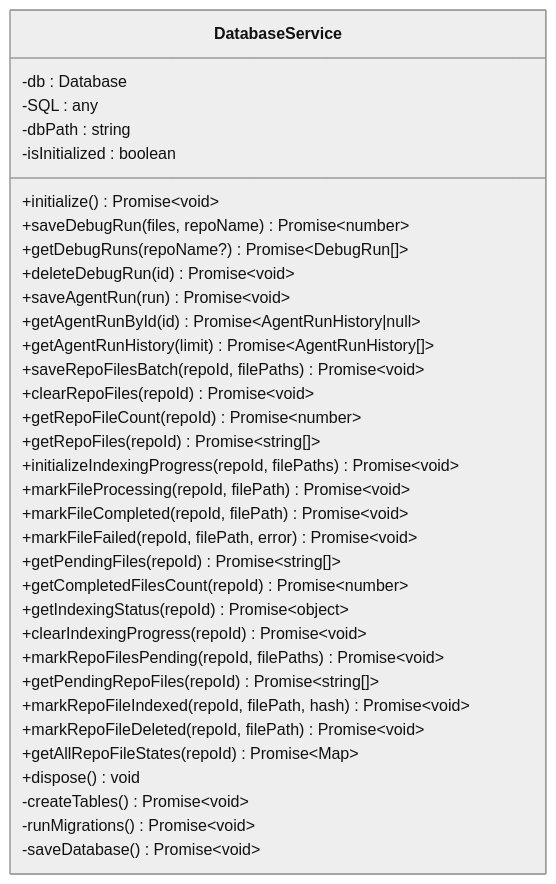
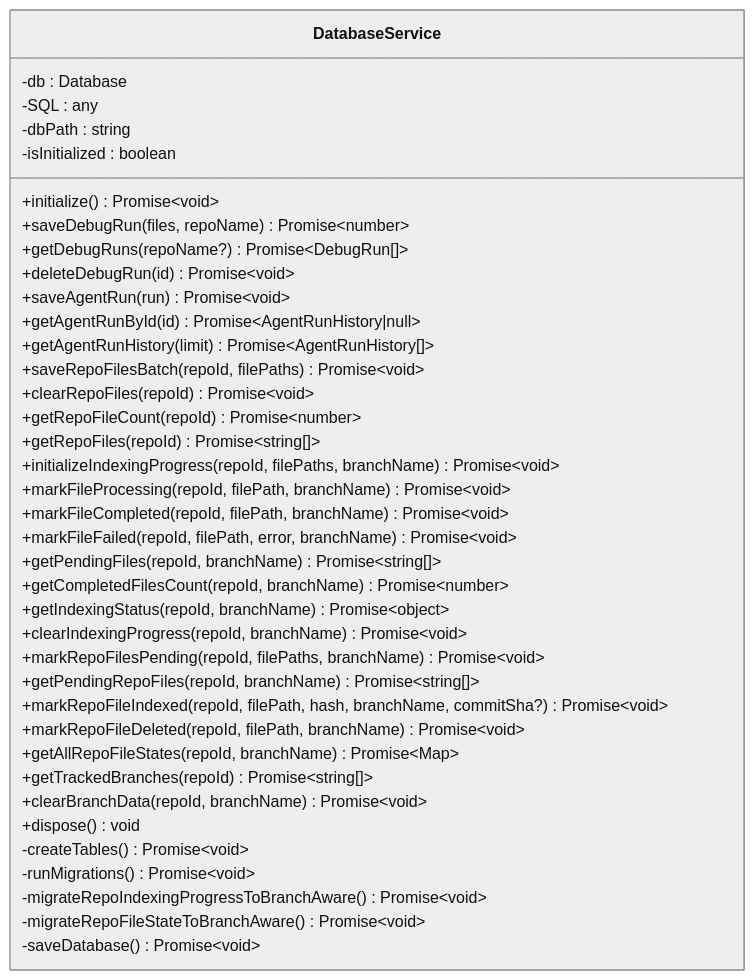
One commit to bramburn/repomix-runner changed the third of 7 diagrams in .qoder/repowiki/en/content/Storage System/Storage System.md. Above: the diagram before and after it, drawn with Mermaid (neutral theme). The commit also changed other lines of this file and 19 other files, not shown here.

````diff
--- a/.qoder/repowiki/en/content/Storage System/Storage System.md
+++ b/.qoder/repowiki/en/content/Storage System/Storage System.md
@@ -146,37 +212,41 @@
 ```mermaid
 classDiagram
 class DatabaseService {
 -db : Database
 -SQL : any
 -dbPath : string
 -isInitialized : boolean
 +initialize() Promise~void~
 +saveDebugRun(files, repoName) Promise~number~
 +getDebugRuns(repoName?) Promise~DebugRun[]~
 +deleteDebugRun(id) Promise~void~
 +saveAgentRun(run) Promise~void~
 +getAgentRunById(id) Promise~AgentRunHistory|null~
 +getAgentRunHistory(limit) Promise~AgentRunHistory[]~
 +saveRepoFilesBatch(repoId, filePaths) Promise~void~
 +clearRepoFiles(repoId) Promise~void~
 +getRepoFileCount(repoId) Promise~number~
 +getRepoFiles(repoId) Promise~string[]~
-+initializeIndexingProgress(repoId, filePaths) Promise~void~
-+markFileProcessing(repoId, filePath) Promise~void~
-+markFileCompleted(repoId, filePath) Promise~void~
-+markFileFailed(repoId, filePath, error) Promise~void~
-+getPendingFiles(repoId) Promise~string[]~
-+getCompletedFilesCount(repoId) Promise~number~
-+getIndexingStatus(repoId) Promise~object~
-+clearIndexingProgress(repoId) Promise~void~
-+markRepoFilesPending(repoId, filePaths) Promise~void~
-+getPendingRepoFiles(repoId) Promise~string[]~
-+markRepoFileIndexed(repoId, filePath, hash) Promise~void~
-+markRepoFileDeleted(repoId, filePath) Promise~void~
-+getAllRepoFileStates(repoId) Promise~Map~
++initializeIndexingProgress(repoId, filePaths, branchName) Promise~void~
++markFileProcessing(repoId, filePath, branchName) Promise~void~
++markFileCompleted(repoId, filePath, branchName) Promise~void~
++markFileFailed(repoId, filePath, error, branchName) Promise~void~
++getPendingFiles(repoId, branchName) Promise~string[]~
++getCompletedFilesCount(repoId, branchName) Promise~number~
++getIndexingStatus(repoId, branchName) Promise~object~
++clearIndexingProgress(repoId, branchName) Promise~void~
++markRepoFilesPending(repoId, filePaths, branchName) Promise~void~
++getPendingRepoFiles(repoId, branchName) Promise~string[]~
++markRepoFileIndexed(repoId, filePath, hash, branchName, commitSha?) Promise~void~
++markRepoFileDeleted(repoId, filePath, branchName) Promise~void~
++getAllRepoFileStates(repoId, branchName) Promise~Map~
++getTrackedBranches(repoId) Promise~string[]~
++clearBranchData(repoId, branchName) Promise~void~
 +dispose() void
 -createTables() Promise~void~
 -runMigrations() Promise~void~
+-migrateRepoIndexingProgressToBranchAware() Promise~void~
+-migrateRepoFileStateToBranchAware() Promise~void~
 -saveDatabase() Promise~void~
 }
 ```
````
